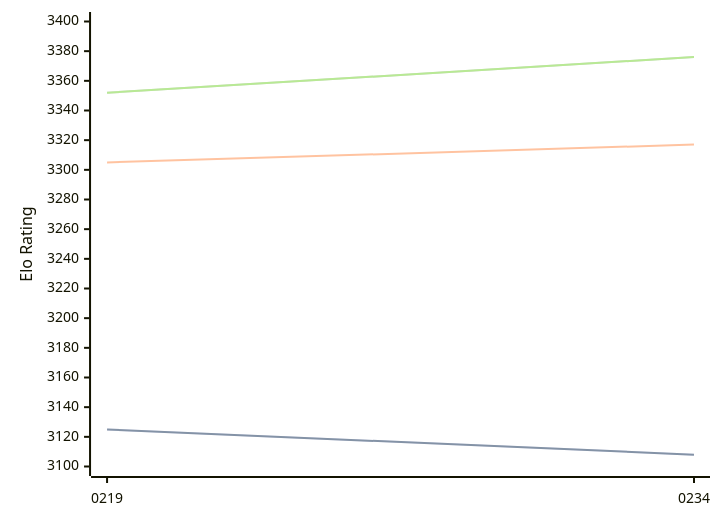
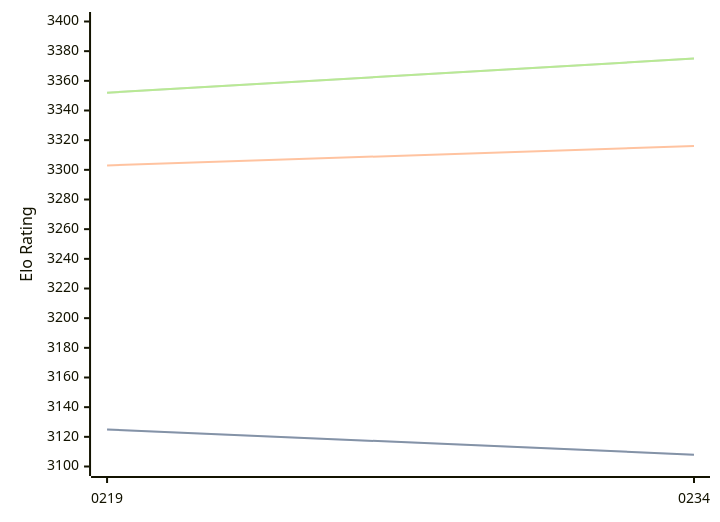
One commit to computer-chess-index/cci changed the diagram in engines/Ynode.md. Above: the diagram before and after it, drawn with Mermaid. The commit also changed other lines of this file, not shown here.

Commit message:
Update CCI Ratings (ELO VLTC) - 2026-06-10

````diff
--- a/engines/Ynode.md
+++ b/engines/Ynode.md
@@ -39,11 +39,11 @@
 ```mermaid
 %%{init: {"theme":"base","themeVariables":{"seriesColors:['#a3a3a3','#222221','#faa371']}}}%%
 xychart-beta
   x-axis ["0219", "0234"]
   y-axis "Elo Rating" 3100 --> 3400
   line "STC (8.0+0.08s)" [3125, 3108]
   line "STC (8.0+0.08s)" [3125, 3108]
-  line "LTC (60.0+0.60s)" [3305, 3317]
-  line "VLTC (2m24s+1.12s)" [3352, 3376]
-  line "VLTC (2m24s+1.12s)" [3352, 3376]
+  line "LTC (60.0+0.60s)" [3303, 3316]
+  line "VLTC (2m24s+1.12s)" [3352, 3375]
+  line "VLTC (2m24s+1.12s)" [3352, 3375]
 ```
````
